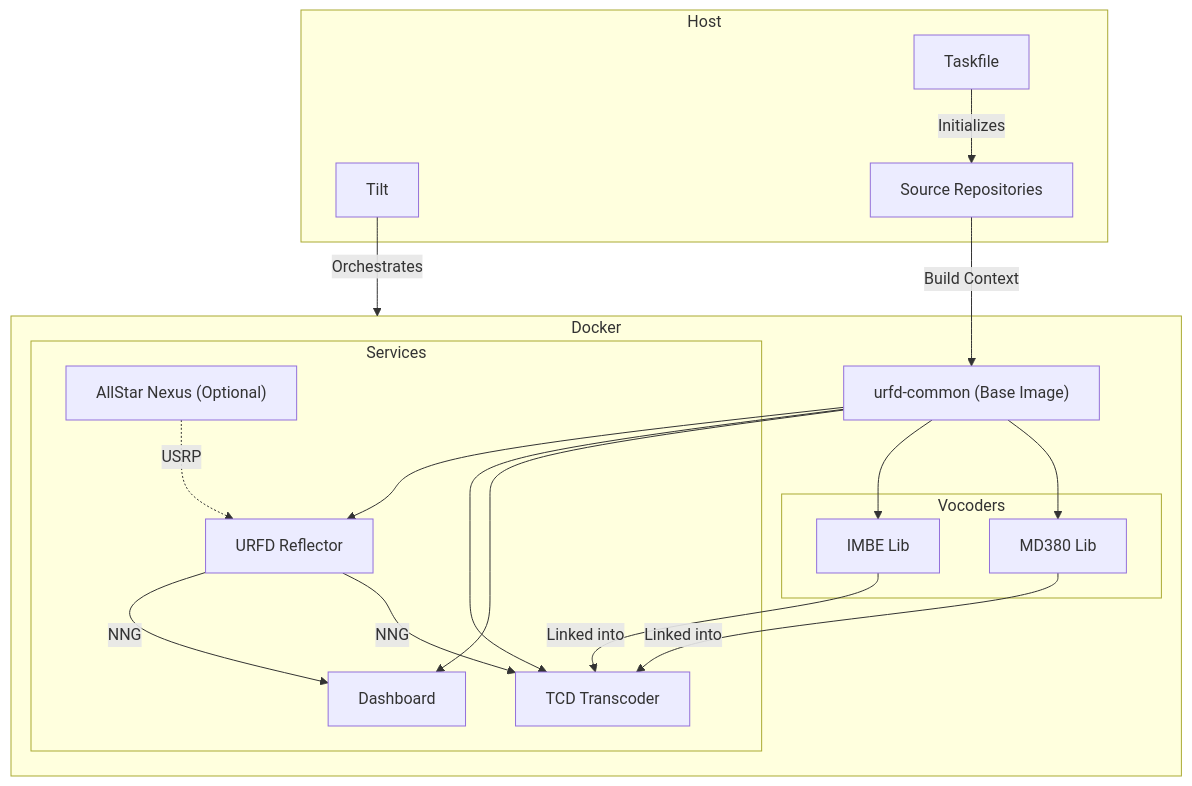
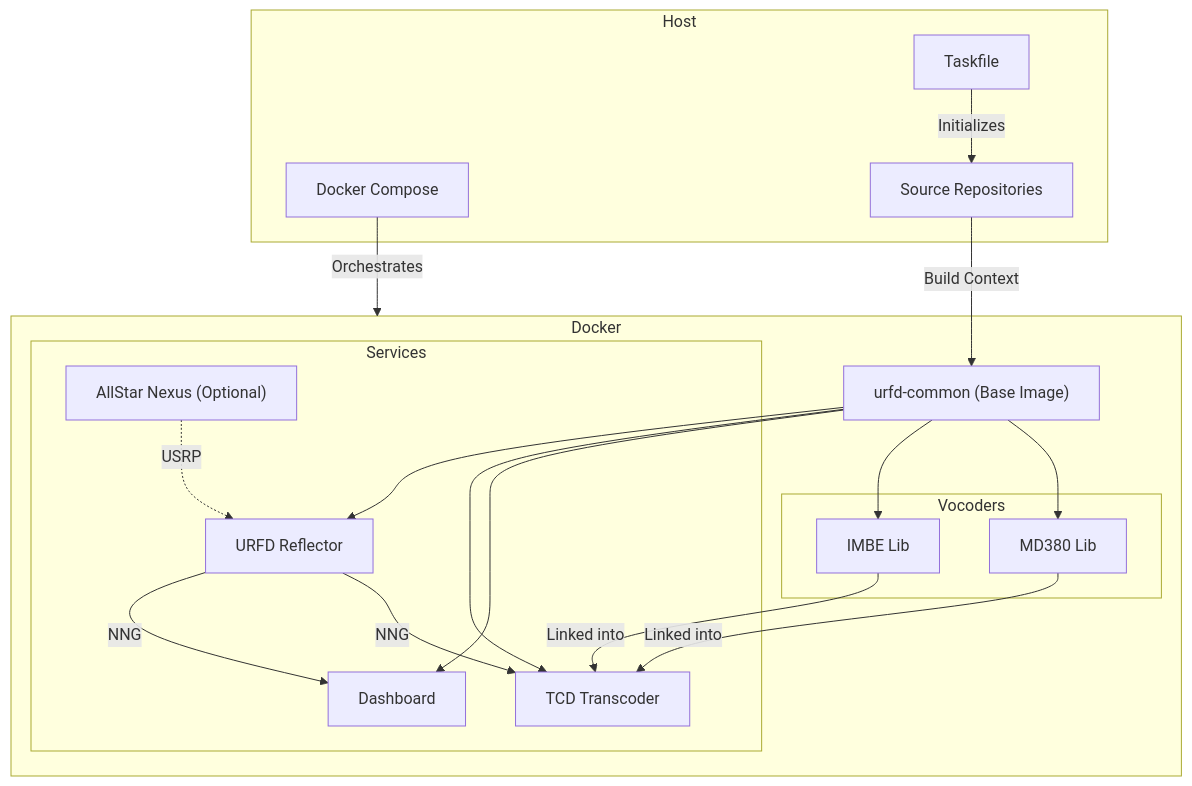
One commit to dbehnke/urfd-tilt changed the diagram in README.md. Above: the diagram before and after it, drawn with Mermaid. The commit also changed other lines of this file and 11 other files, not shown here.

````diff
--- a/README.md
+++ b/README.md
@@ -11,33 +11,33 @@
 ```mermaid
 graph TD
     subgraph Host
-        Tilt[Tilt]
+        Compose[Docker Compose]
         Task[Taskfile]
         Repos[Source Repositories]
     end
 
     subgraph Docker
         Common["urfd-common (Base Image)"]
         
         subgraph Vocoders
             Imbe[IMBE Lib]
             MD380[MD380 Lib]
         end
 
         subgraph Services
             URFD[URFD Reflector]
             TCD[TCD Transcoder]
             Dash[Dashboard]
             Nexus["AllStar Nexus (Optional)"]
         end
     end
 
-    Tilt -->|Orchestrates| Docker
+    Compose -->|Orchestrates| Docker
     Task -->|Initializes| Repos
     Repos -->|Build Context| Common
     Common --> Imbe & MD380 & URFD & TCD & Dash
     Imbe & MD380 -->|Linked into| TCD
     URFD -->|NNG| Dash
     URFD -->|NNG| TCD
     Nexus -.->|USRP| URFD
 ```
````
